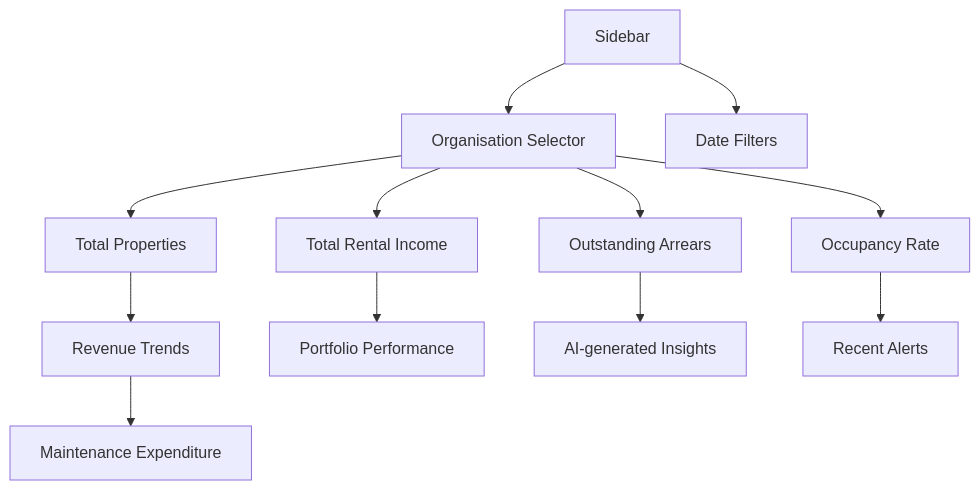
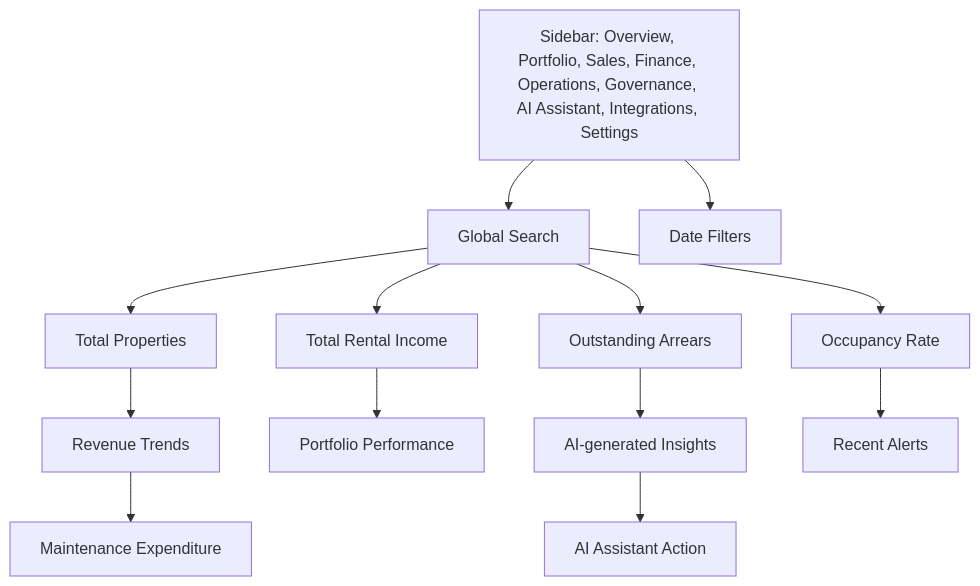
The diagram in docs/wireframes/dashboard.md (Web8080/enterprise-intelligence-platform), drawn with Mermaid before and after one commit. The commit also changed other lines of this file and 15 other files, not shown here.

Commit message:
Add sales, AI assistant, integrations and settings dashboard views

````diff
--- a/docs/wireframes/dashboard.md
+++ b/docs/wireframes/dashboard.md
@@ -3,14 +3,15 @@
 ```mermaid
 flowchart TB
-    A[Sidebar] --> B[Organisation Selector]
+    A[Sidebar: Overview, Portfolio, Sales, Finance, Operations, Governance, AI Assistant, Integrations, Settings] --> B[Global Search]
     A --> C[Date Filters]
     B --> D[Total Properties]
     B --> E[Total Rental Income]
     B --> F[Outstanding Arrears]
     B --> G[Occupancy Rate]
     D --> H[Revenue Trends]
     E --> I[Portfolio Performance]
     F --> J[AI-generated Insights]
     G --> K[Recent Alerts]
     H --> L[Maintenance Expenditure]
+    J --> M[AI Assistant Action]
 ```
````
